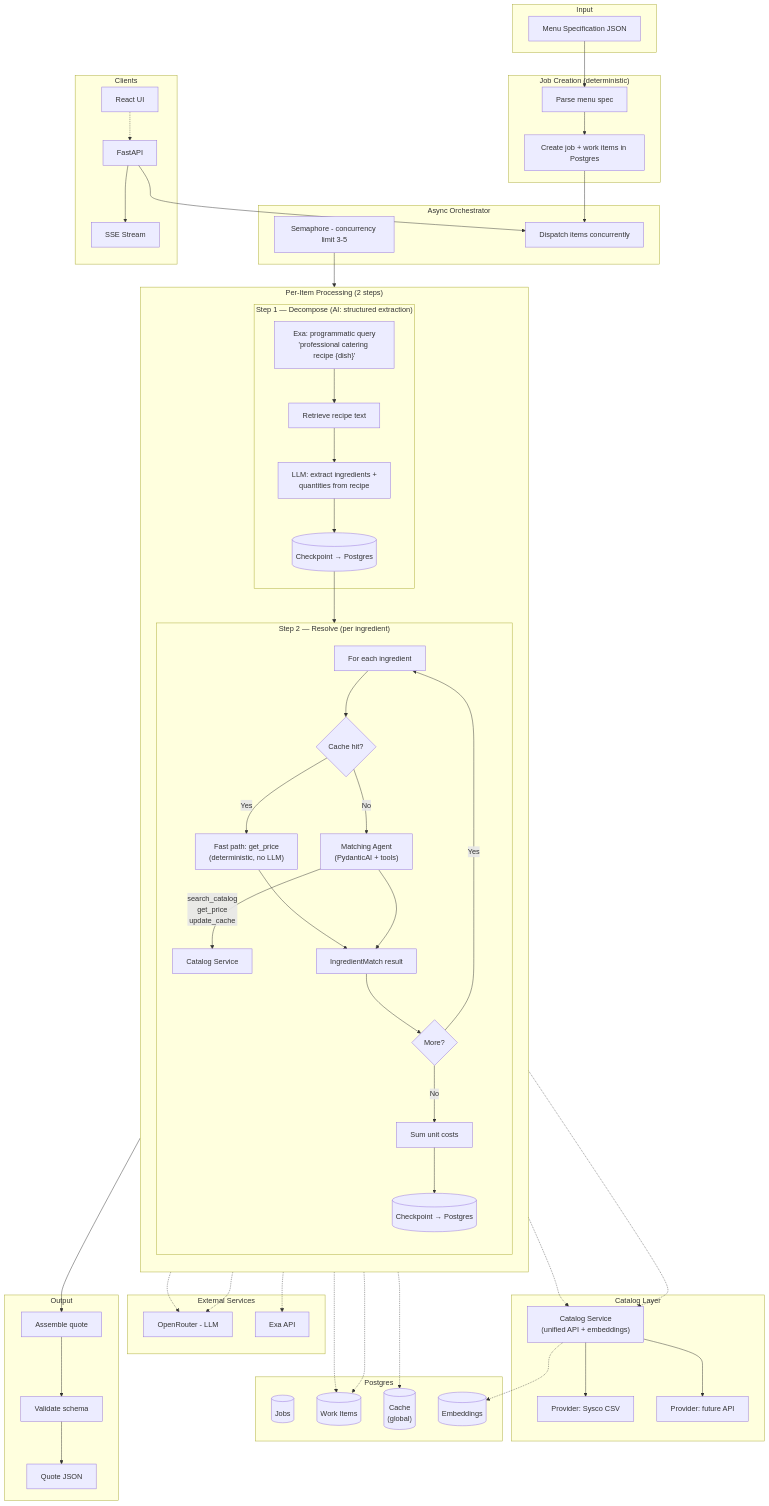
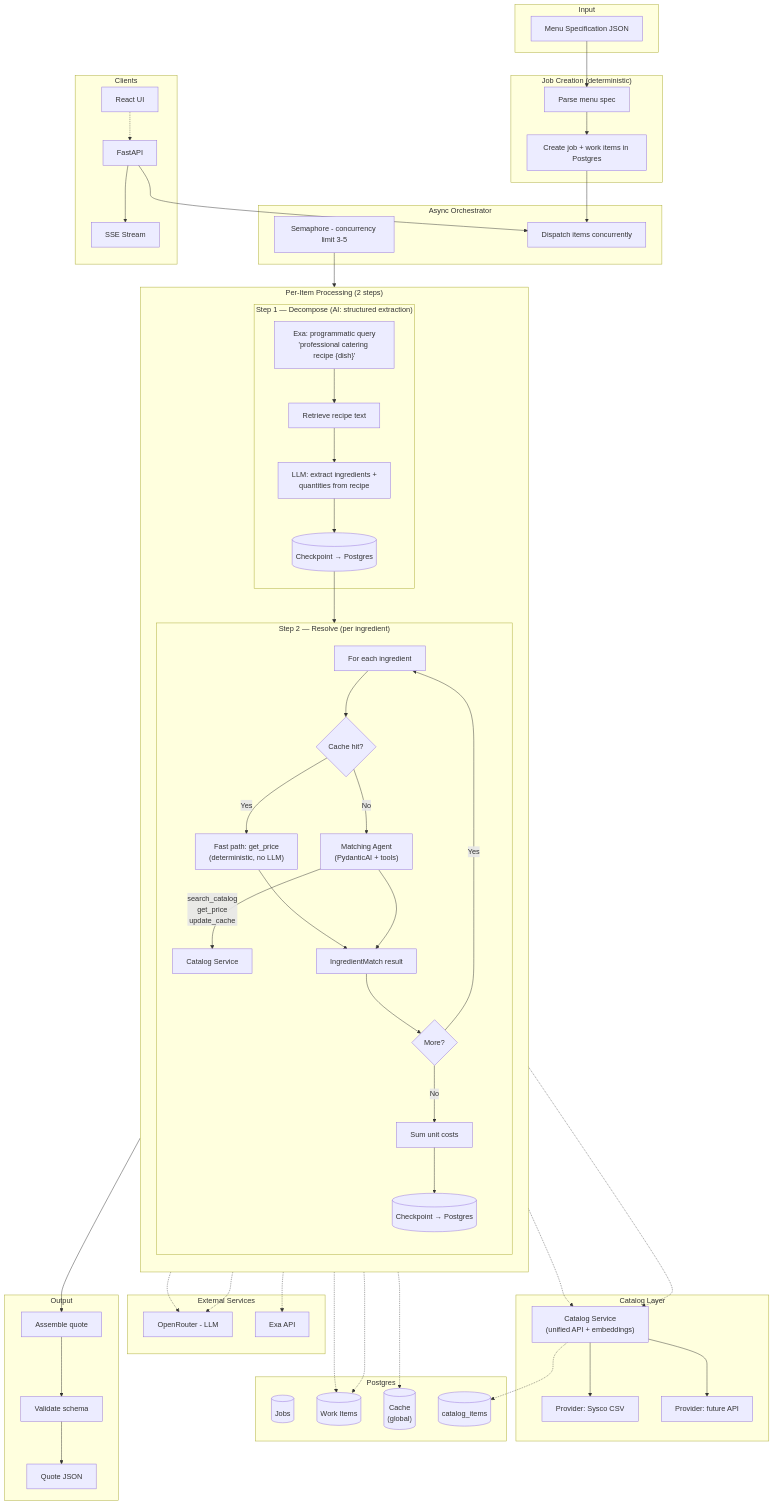
Before and after one commit to josorio2292/yes-chef: the first of 3 diagrams in SPEC.md, drawn with Mermaid. The commit also changed other lines of this file, not shown here.

```diff
--- a/SPEC.md
+++ b/SPEC.md
@@ -67,7 +67,7 @@
         JOBS[(Jobs)]
         ITEMS[(Work Items)]
         ICACHE[("Cache\n(global)")]
-        EMB[(Embeddings)]
+        CAT[(catalog_items)]
     end
 
     subgraph Output
@@ -88,7 +88,7 @@
     AGENT -.-> OR
     CS_LINK -.-> CS
     FAST -.-> CS
-    CS -.-> EMB
+    CS -.-> CAT
     CP1 -.-> ITEMS
     CP2 -.-> ITEMS
     CACHE -.-> ICACHE
```
